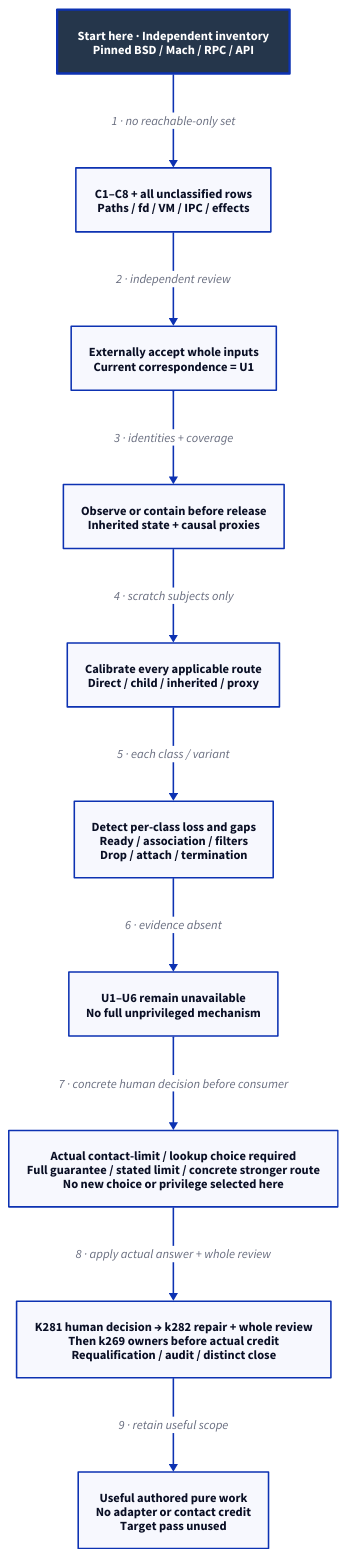
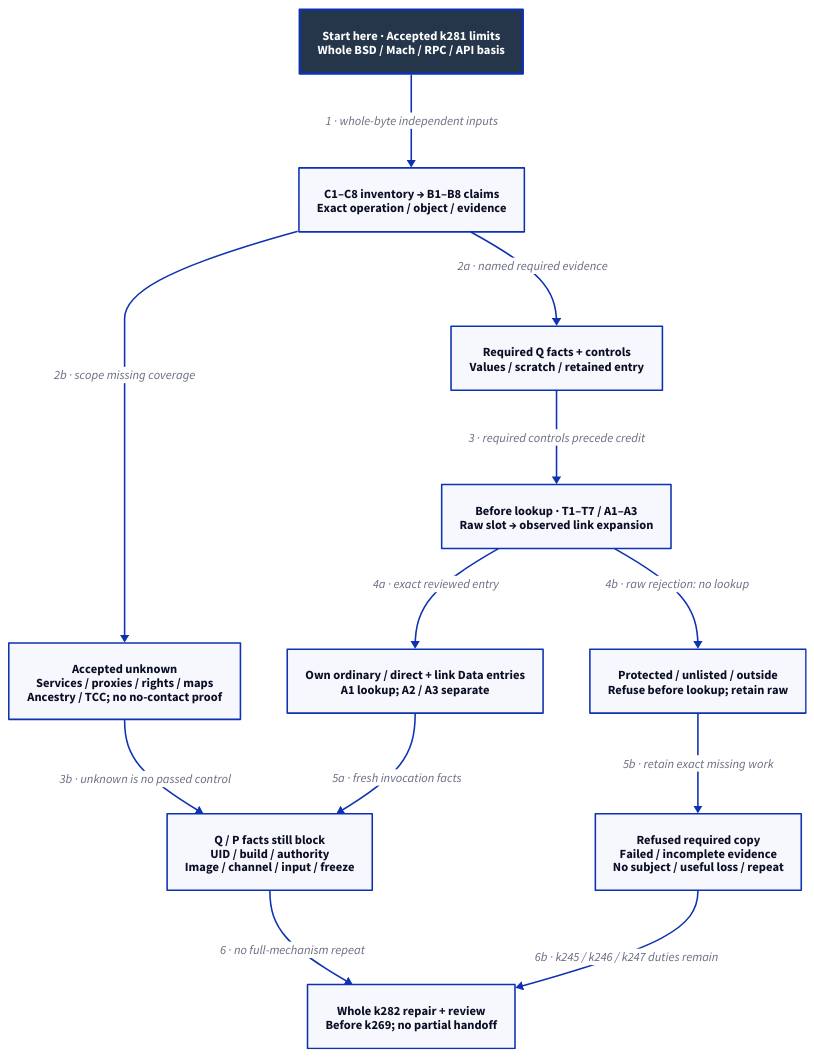
The diagram in docs/design/architecture/native-reference-contact.d2 (Linkuistics/Koine), drawn with D2 before and after one commit. The commit also changed 31 other files, not shown here.

Commit message:
Apply bounded contact evidence and closed pre-lookup refusals (reference-evidence-prelookup-claims-k284)

```diff
--- a/docs/design/architecture/native-reference-contact.d2
+++ b/docs/design/architecture/native-reference-contact.d2
@@ -1,24 +1,26 @@
-# Source-based full boundary; no collector, runtime correspondence or controls qualified.
+# Selected bounded contact/pre-lookup design; no control or target evidence supplied.
 direction: down
 classes: {
   start: {style: {fill: "#25364B"; font-color: "#FFFFFF"; bold: true; stroke-width: 3}}
 }
-Start: "Start here · Independent inventory\nPinned BSD / Mach / RPC / API" {class: start}
-Required: "C1–C8 + all unclassified rows\nPaths / fd / VM / IPC / effects"
-Approval: "Externally accept whole inputs\nCurrent correspondence = U1"
-Boundary: "Observe or contain before release\nInherited state + causal proxies"
-Controls: "Calibrate every applicable route\nDirect / child / inherited / proxy"
-Loss: "Detect per-class loss and gaps\nReady / association / filters\nDrop / attach / termination"
-Unavailable: "U1–U6 remain unavailable\nNo full unprivileged mechanism"
-Owners: "K281 human decision → k282 repair + whole review\nThen k269 owners before actual credit\nRequalification / audit / distinct close"
-Pure: "Useful authored pure work\nNo adapter or contact credit\nTarget pass unused"
-Decision: "Actual contact-limit / lookup choice required\nFull guarantee / stated limit / concrete stronger route\nNo new choice or privilege selected here"
-Start -> Required: "1 · no reachable-only set"
-Required -> Approval: "2 · independent review"
-Approval -> Boundary: "3 · identities + coverage"
-Boundary -> Controls: "4 · scratch subjects only"
-Controls -> Loss: "5 · each class / variant"
-Loss -> Unavailable: "6 · evidence absent"
-Unavailable -> Decision: "7 · concrete human decision before consumer"
-Decision -> Owners: "8 · apply actual answer + whole review"
-Owners -> Pure: "9 · retain useful scope"
+Start: "Start here · Accepted k281 limits\nWhole BSD / Mach / RPC / API basis" {class: start}
+Claims: "C1–C8 inventory → B1–B8 claims\nExact operation / object / evidence"
+Controls: "Required Q facts + controls\nValues / scratch / retained entry"
+Unknown: "Accepted unknown\nServices / proxies / rights / maps\nAncestry / TCC; no no-contact proof"
+Policy: "Before lookup · T1–T7 / A1–A3\nRaw slot → observed link expansion"
+Allowed: "Own ordinary / direct + link Data entries\nA1 lookup; A2 / A3 separate"
+Refuse: "Protected / unlisted / outside\nRefuse before lookup; retain raw"
+Gate: "Q / P facts still block\nUID / build / authority\nImage / channel / input / freeze"
+Failed: "Refused required copy\nFailed / incomplete evidence\nNo subject / useful loss / repeat"
+Whole: "Whole k282 repair + review\nBefore k269; no partial handoff"
+Start -> Claims: "1 · whole-byte independent inputs"
+Claims -> Controls: "2a · named required evidence"
+Claims -> Unknown: "2b · scope missing coverage"
+Controls -> Policy: "3 · required controls precede credit"
+Unknown -> Gate: "3b · unknown is no passed control"
+Policy -> Allowed: "4a · exact reviewed entry"
+Policy -> Refuse: "4b · raw rejection: no lookup"
+Allowed -> Gate: "5a · fresh invocation facts"
+Refuse -> Failed: "5b · retain exact missing work"
+Gate -> Whole: "6 · no full-mechanism repeat"
+Failed -> Whole: "6b · k245 / k246 / k247 duties remain"
```
